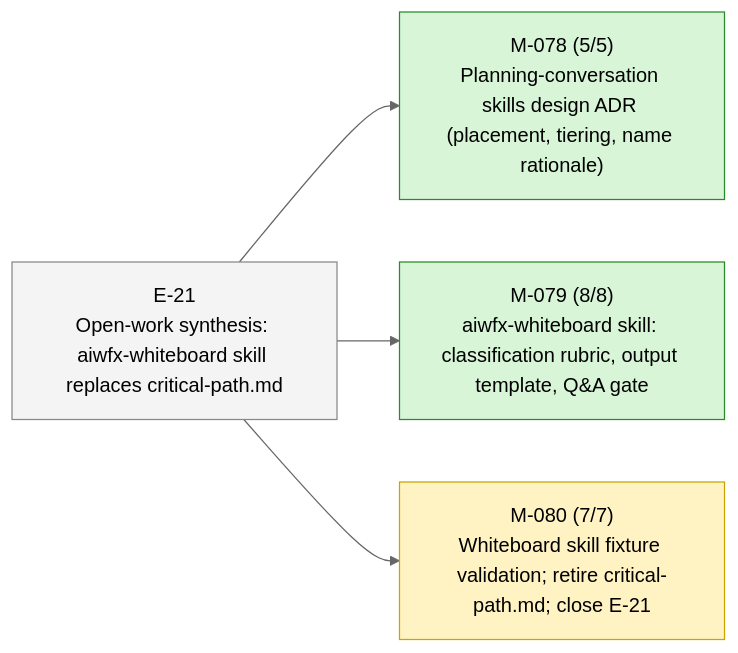
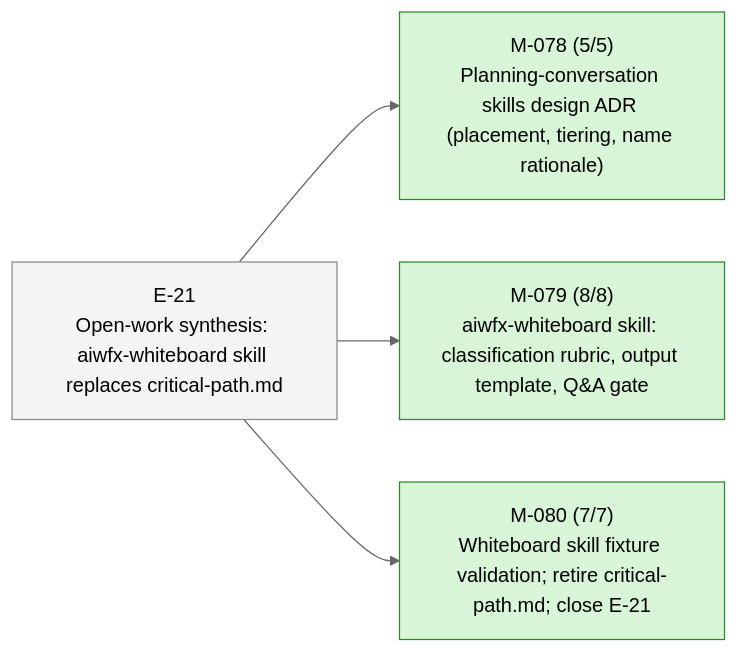
Before and after one commit to 23min/aiwf: the second of 2 diagrams in STATUS.md, drawn with Mermaid (neutral theme). The commit also changed other lines of this file and 1 other file, not shown here.

Commit message:
aiwf promote M-080 in_progress -> done
aiwf-verb: promote
aiwf-entity: M-080
aiwf-actor: human/peter
aiwf-to: done

````diff
--- a/STATUS.md
+++ b/STATUS.md
@@ -47,16 +47,16 @@
 ```mermaid
 flowchart LR
   E_21["E-21<br/>Open-work synthesis: aiwfx-whiteboard skill replaces critical-path.md"]:::epic_proposed
   M_078["M-078 (5/5)<br/>Planning-conversation skills design ADR (placement, tiering, name rationale)"]:::ms_done
   E_21 --> M_078
   M_079["M-079 (8/8)<br/>aiwfx-whiteboard skill: classification rubric, output template, Q&A gate"]:::ms_done
   E_21 --> M_079
-  M_080["M-080 (7/7)<br/>Whiteboard skill fixture validation; retire critical-path.md; close E-21"]:::ms_in_progress
+  M_080["M-080 (7/7)<br/>Whiteboard skill fixture validation; retire critical-path.md; close E-21"]:::ms_done
   E_21 --> M_080
   classDef epic_active fill:#d6eaff,stroke:#1a73e8,color:#000
   classDef epic_proposed fill:#f4f4f4,stroke:#888,color:#000
   classDef ms_done fill:#d8f5d8,stroke:#2a8a2a,color:#000
   classDef ms_in_progress fill:#fff3c4,stroke:#caa400,color:#000
   classDef ms_draft fill:#f4f4f4,stroke:#888,color:#000
   classDef ms_cancelled fill:#fbeaea,stroke:#c33,color:#000
 ```
````
